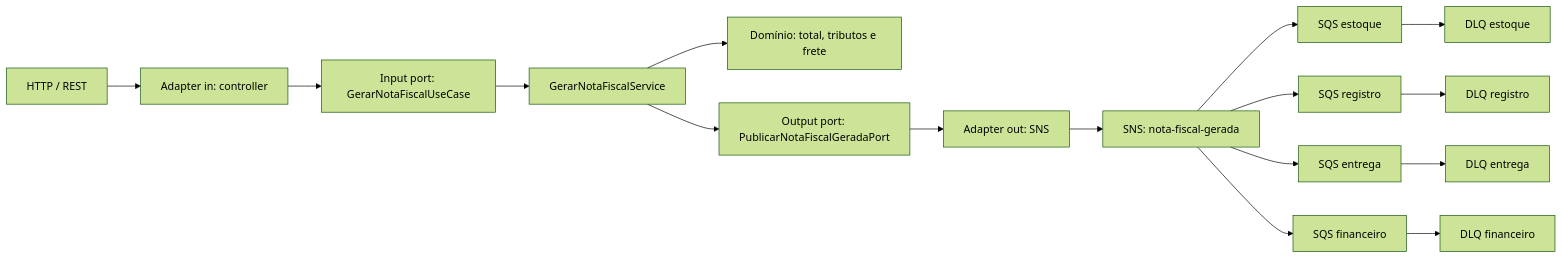
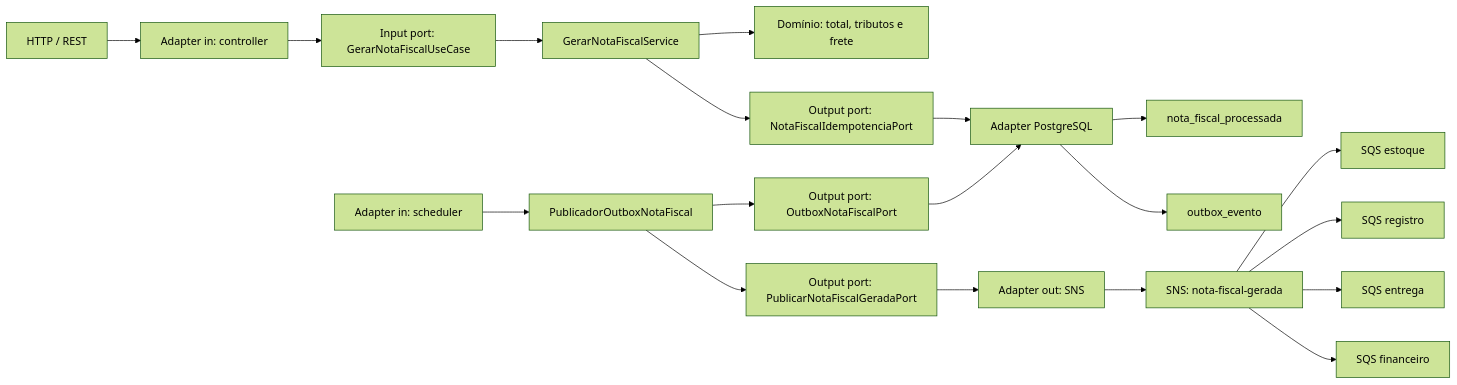
Before and after one commit to lvilelas/case-nota-fiscal: the diagram in ARCHITECTURE.md, drawn with Mermaid (forest theme). The commit also changed other lines of this file and 43 other files, not shown here.

````diff
--- a/ARCHITECTURE.md
+++ b/ARCHITECTURE.md
@@ -7,18 +7,21 @@
 ```mermaid
 flowchart LR
     HTTP["HTTP / REST"] --> CONTROLLER["Adapter in: controller"]
     CONTROLLER --> USECASE["Input port: GerarNotaFiscalUseCase"]
     USECASE --> APP["GerarNotaFiscalService"]
     APP --> DOMAIN["Domínio: total, tributos e frete"]
-    APP --> OUTPORT["Output port: PublicarNotaFiscalGeradaPort"]
-    OUTPORT --> SNSADAPTER["Adapter out: SNS"]
+    APP --> IDEMPOTENCIA["Output port: NotaFiscalIdempotenciaPort"]
+    IDEMPOTENCIA --> POSTGRES["Adapter PostgreSQL"]
+    POSTGRES --> NOTA["nota_fiscal_processada"]
+    POSTGRES --> OUTBOX["outbox_evento"]
+    SCHEDULER["Adapter in: scheduler"] --> PUBLICADOR["PublicadorOutboxNotaFiscal"]
+    PUBLICADOR --> OUTBOXPORT["Output port: OutboxNotaFiscalPort"]
+    OUTBOXPORT --> POSTGRES
+    PUBLICADOR --> SNSPORT["Output port: PublicarNotaFiscalGeradaPort"]
+    SNSPORT --> SNSADAPTER["Adapter out: SNS"]
     SNSADAPTER --> TOPIC["SNS: nota-fiscal-gerada"]
     TOPIC --> ESTOQUE["SQS estoque"]
     TOPIC --> REGISTRO["SQS registro"]
     TOPIC --> ENTREGA["SQS entrega"]
     TOPIC --> FINANCEIRO["SQS financeiro"]
-    ESTOQUE --> ESTOQUEDLQ["DLQ estoque"]
-    REGISTRO --> REGISTRODLQ["DLQ registro"]
-    ENTREGA --> ENTREGADLQ["DLQ entrega"]
-    FINANCEIRO --> FINANCEIRODLQ["DLQ financeiro"]
 ```
````
